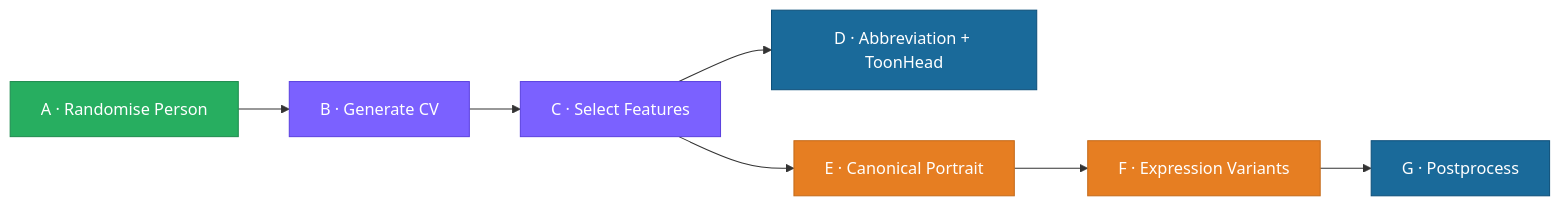
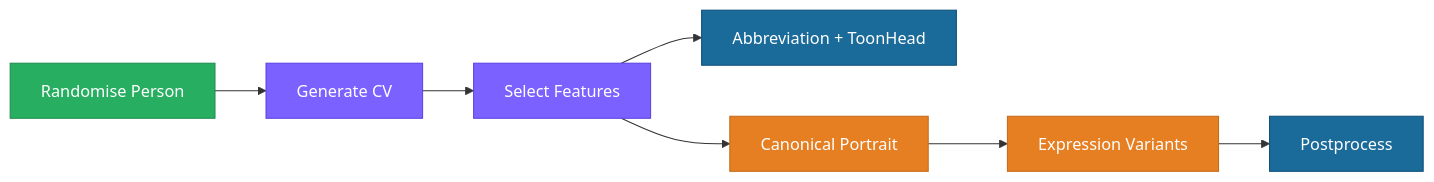
The first of 2 diagrams in docs/software/architecture.md (E-Brons/avatar-studio), drawn with Mermaid before and after one commit. The commit also changed other lines of this file and 35 other files, not shown here.

````diff
--- a/docs/software/architecture.md
+++ b/docs/software/architecture.md
@@ -28,18 +28,18 @@
 ```mermaid
 graph LR
     classDef code     fill:#27AE60,color:#fff,stroke:#1E8C4E
     classDef llmText  fill:#7B61FF,color:#fff,stroke:#5B41DF
     classDef llmImage fill:#E67E22,color:#fff,stroke:#C46A1A
     classDef pil      fill:#1A6A9A,color:#fff,stroke:#0D4F7A
 
-    A["A · Randomise Person"]:::code
-    B["B · Generate CV"]:::llmText
-    C["C · Select Features"]:::llmText
-    D["D · Abbreviation + ToonHead"]:::pil
-    E["E · Canonical Portrait"]:::llmImage
-    F["F · Expression Variants"]:::llmImage
-    G["G · Postprocess"]:::pil
+    A["Randomise Person"]:::code
+    B["Generate CV"]:::llmText
+    C["Select Features"]:::llmText
+    D["Abbreviation + ToonHead"]:::pil
+    E["Canonical Portrait"]:::llmImage
+    F["Expression Variants"]:::llmImage
+    G["Postprocess"]:::pil
 
     A --> B --> C --> D
     C --> E --> F --> G
 ```
````
